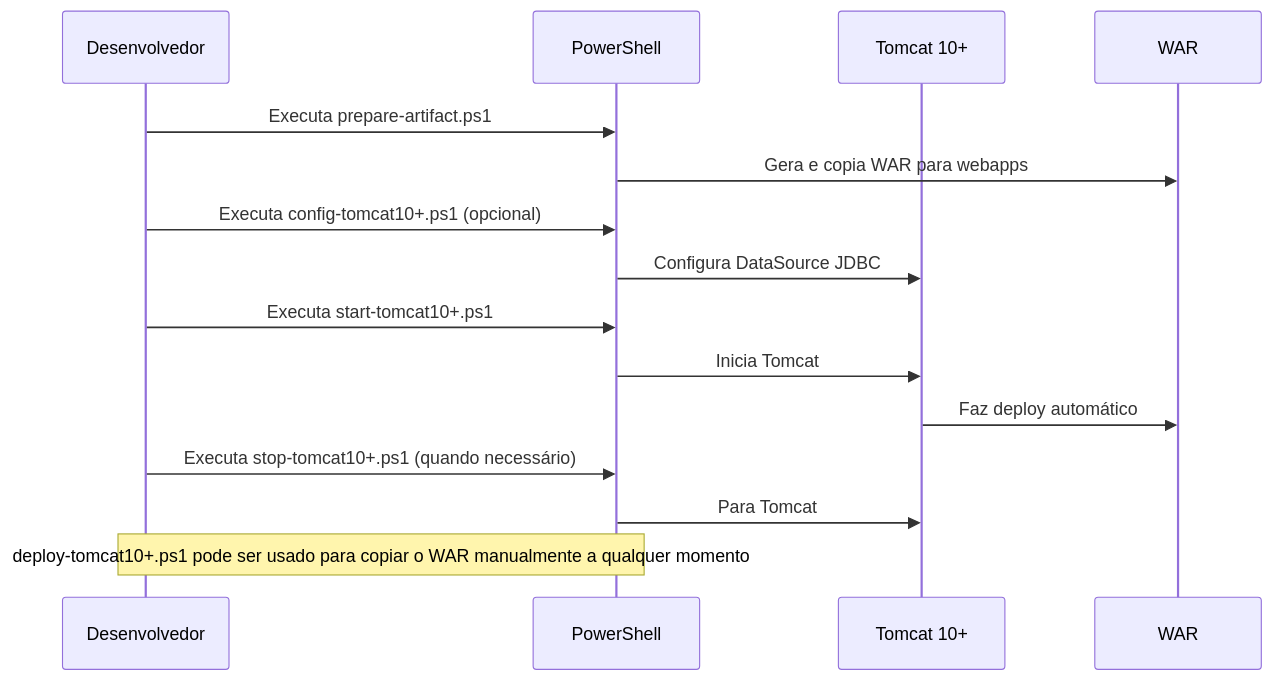
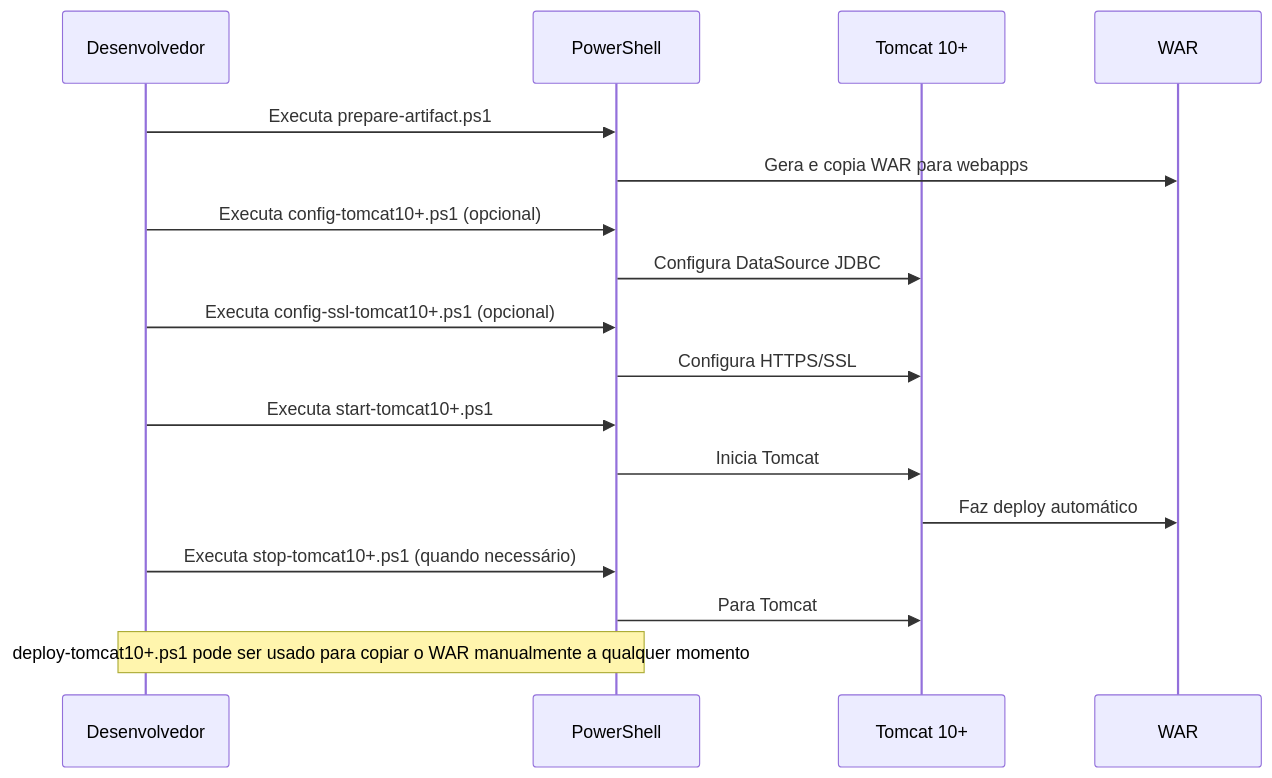
The diagram in README.md (chmulato/csonline), drawn with Mermaid before and after one commit. The commit also changed other lines of this file and 2 other files, not shown here.

Commit message:
Add SSL configuration script and update README for HTTPS setup

````diff
--- a/README.md
+++ b/README.md
@@ -29,18 +29,20 @@
 ```mermaid
 sequenceDiagram
     participant Dev as Desenvolvedor
     participant PS as PowerShell
     participant Tomcat as Tomcat 10+
     participant WAR as WAR
 
     Dev->>PS: Executa prepare-artifact.ps1
     PS->>WAR: Gera e copia WAR para webapps
     Dev->>PS: Executa config-tomcat10+.ps1 (opcional)
     PS->>Tomcat: Configura DataSource JDBC
+    Dev->>PS: Executa config-ssl-tomcat10+.ps1 (opcional)
+    PS->>Tomcat: Configura HTTPS/SSL
     Dev->>PS: Executa start-tomcat10+.ps1
     PS->>Tomcat: Inicia Tomcat
     Tomcat->>WAR: Faz deploy automático
     Dev->>PS: Executa stop-tomcat10+.ps1 (quando necessário)
     PS->>Tomcat: Para Tomcat
     Note over Dev,PS: deploy-tomcat10+.ps1 pode ser usado para copiar o WAR manualmente a qualquer momento
 ```
````
